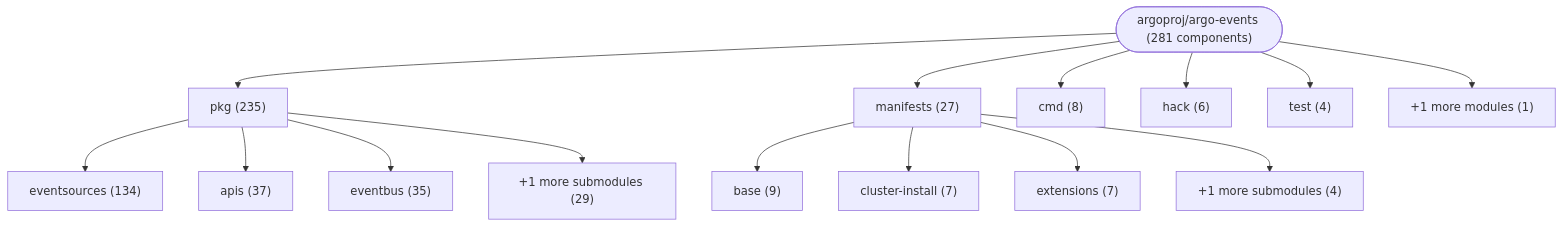
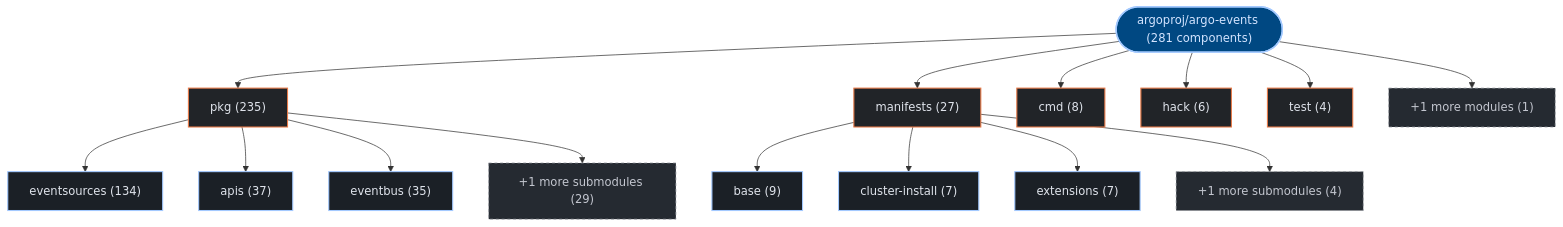
The first of 3 diagrams in exports/latest/reports/argoproj-argo-events-report.md (kumarshaz/atruss-code-atlas), drawn with Mermaid before and after one commit. The commit also changed other lines of this file and 331 other files, not shown here.

Commit message:
docs,ui,fix: update SDLC docs, reorder CI/CD DAG first, stylize Mermaid, and fix Arc42 pipeline topology

````diff
--- a/exports/latest/reports/argoproj-argo-events-report.md
+++ b/exports/latest/reports/argoproj-argo-events-report.md
@@ -42,32 +42,39 @@
 ```mermaid
 graph TD;
-    repo_root(["argoproj/argo-events (281 components)"])
-    dir_0_pkg["pkg (235)"]
+  classDef atlasRoot fill:#004882,stroke:#a3c9ff,stroke-width:2px,color:#d3e4ff
+  classDef atlasCategory fill:#212428,stroke:#E87A48,stroke-width:1.5px,color:#dfe3eb
+  classDef atlasWorkflow fill:#1b2026,stroke:#a3c9ff,stroke-width:1.5px,color:#dfe3eb
+  classDef atlasJob fill:#171c22,stroke:#8d9199,stroke-width:1px,color:#dfe3eb
+  classDef atlasTarget fill:#005227,stroke:#8bd99b,stroke-width:1.5px,color:#a7f6b6
+  classDef atlasAlert fill:#93000a,stroke:#ffb4ab,stroke-width:1.5px,color:#ffdad6
+  classDef atlasMore fill:#252a31,stroke:#8d9199,stroke-dasharray:4 4,color:#c3c6cf
+    repo_root(["argoproj/argo-events (281 components)"]):::atlasRoot
+    dir_0_pkg["pkg (235)"]:::atlasCategory
     repo_root --> dir_0_pkg
-    sub_0_0_eventsources["eventsources (134)"]
+    sub_0_0_eventsources["eventsources (134)"]:::atlasWorkflow
     dir_0_pkg --> sub_0_0_eventsources
-    sub_0_1_apis["apis (37)"]
+    sub_0_1_apis["apis (37)"]:::atlasWorkflow
     dir_0_pkg --> sub_0_1_apis
-    sub_0_2_eventbus["eventbus (35)"]
+    sub_0_2_eventbus["eventbus (35)"]:::atlasWorkflow
     dir_0_pkg --> sub_0_2_eventbus
-    sub_0_more["+1 more submodules (29)"]
+    sub_0_more["+1 more submodules (29)"]:::atlasMore
     dir_0_pkg --> sub_0_more
-    dir_1_manifests["manifests (27)"]
+    dir_1_manifests["manifests (27)"]:::atlasCategory
     repo_root --> dir_1_manifests
-    sub_1_0_base["base (9)"]
+    sub_1_0_base["base (9)"]:::atlasWorkflow
     dir_1_manifests --> sub_1_0_base
-    sub_1_1_cluster_install["cluster-install (7)"]
+    sub_1_1_cluster_install["cluster-install (7)"]:::atlasWorkflow
     dir_1_manifests --> sub_1_1_cluster_install
-    sub_1_2_extensions["extensions (7)"]
+    sub_1_2_extensions["extensions (7)"]:::atlasWorkflow
     dir_1_manifests --> sub_1_2_extensions
-    sub_1_more["+1 more submodules (4)"]
+    sub_1_more["+1 more submodules (4)"]:::atlasMore
     dir_1_manifests --> sub_1_more
-    dir_2_cmd["cmd (8)"]
+    dir_2_cmd["cmd (8)"]:::atlasCategory
     repo_root --> dir_2_cmd
-    dir_3_hack["hack (6)"]
+    dir_3_hack["hack (6)"]:::atlasCategory
     repo_root --> dir_3_hack
-    dir_4_test["test (4)"]
+    dir_4_test["test (4)"]:::atlasCategory
     repo_root --> dir_4_test
-    dir_other_modules["+1 more modules (1)"]
+    dir_other_modules["+1 more modules (1)"]:::atlasMore
     repo_root --> dir_other_modules
 ```
````
